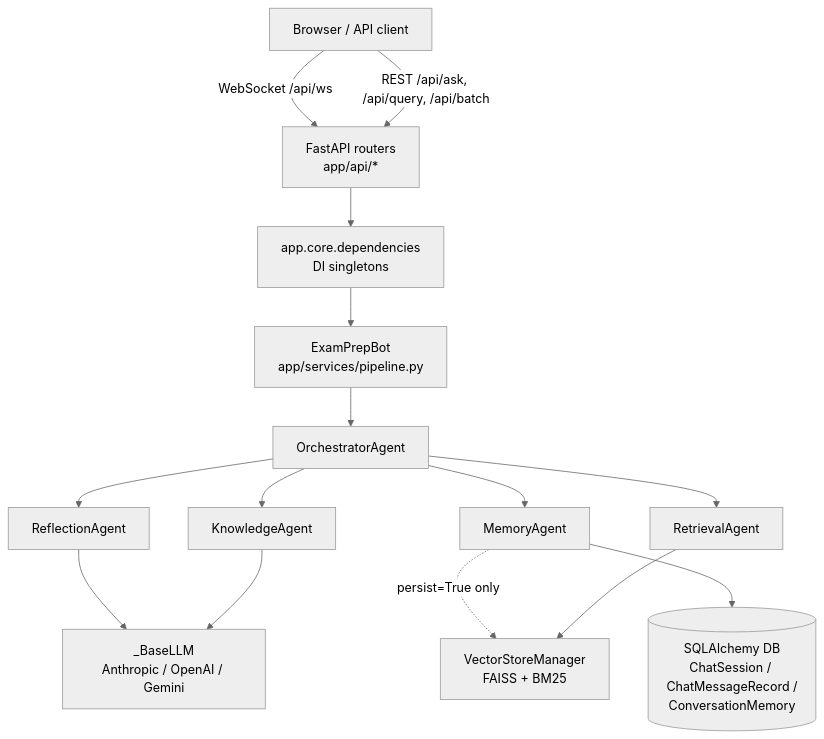
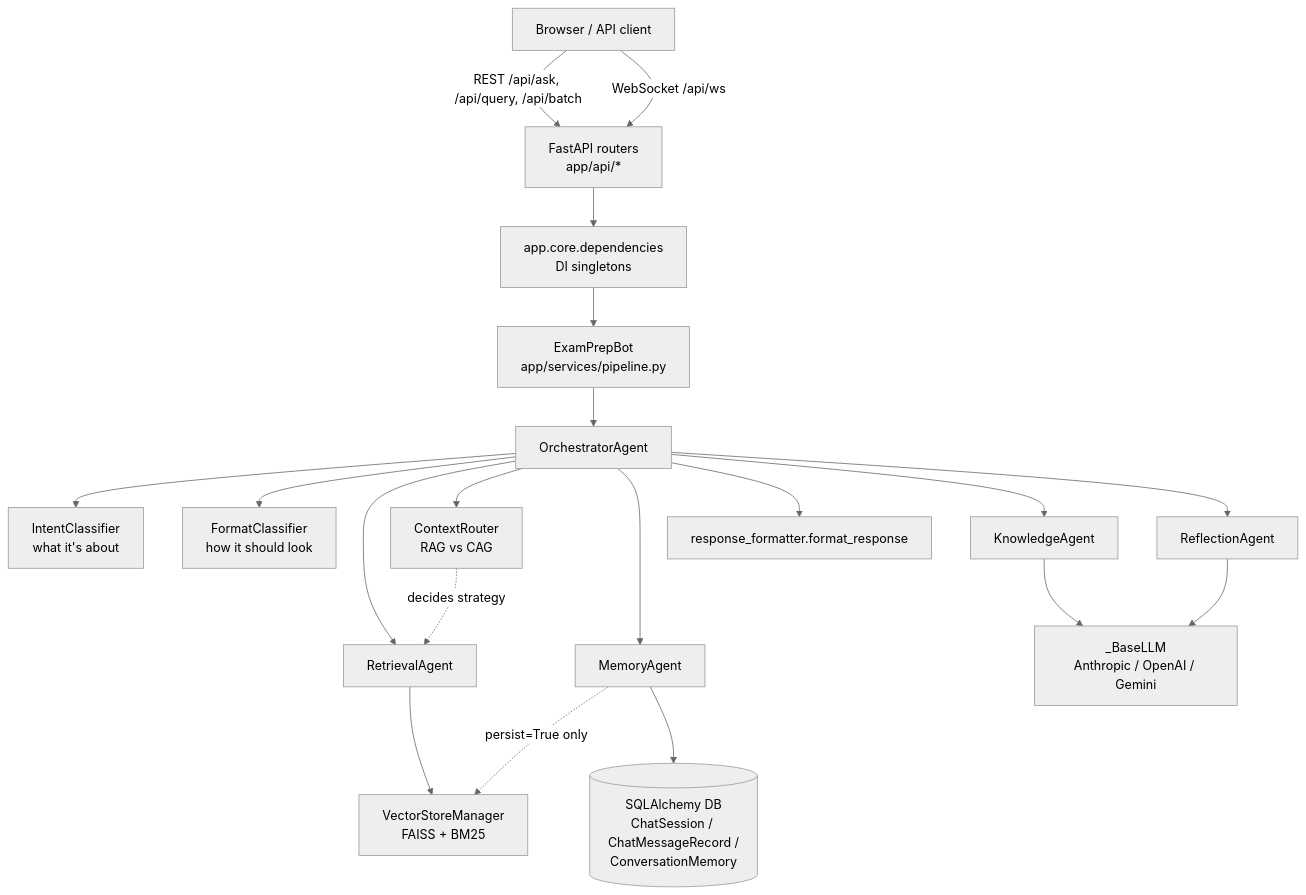
Before and after one commit to KSathwik/Exam_Preparation_Bot: the first of 6 diagrams in docs/ARCHITECTURE.md, drawn with Mermaid (neutral theme). The commit also changed other lines of this file and 50 other files, not shown here.

````diff
--- a/docs/ARCHITECTURE.md
+++ b/docs/ARCHITECTURE.md
@@ -9,17 +9,22 @@
 ```mermaid
 flowchart TB
     Client[Browser / API client] -->|REST /api/ask, /api/query, /api/batch| API[FastAPI routers<br/>app/api/*]
     Client -->|WebSocket /api/ws| API
     API --> Deps[app.core.dependencies<br/>DI singletons]
     Deps --> Bot[ExamPrepBot<br/>app/services/pipeline.py]
     Bot --> Orchestrator[OrchestratorAgent]
+    Orchestrator --> IntentC[IntentClassifier<br/>what it's about]
+    Orchestrator --> FormatC[FormatClassifier<br/>how it should look]
+    Orchestrator --> ContextR[ContextRouter<br/>RAG vs CAG]
     Orchestrator --> Retrieval[RetrievalAgent]
     Orchestrator --> Knowledge[KnowledgeAgent]
     Orchestrator --> Reflection[ReflectionAgent]
+    Orchestrator --> Formatter[response_formatter.format_response]
     Orchestrator --> Memory[MemoryAgent]
+    ContextR -.decides strategy.-> Retrieval
     Retrieval --> VSM[VectorStoreManager<br/>FAISS + BM25]
     Knowledge --> LLM[_BaseLLM<br/>Anthropic / OpenAI / Gemini]
     Reflection --> LLM
     Memory --> DB[(SQLAlchemy DB<br/>ChatSession / ChatMessageRecord /<br/>ConversationMemory)]
     Memory -.persist=True only.-> VSM
 ```
````
